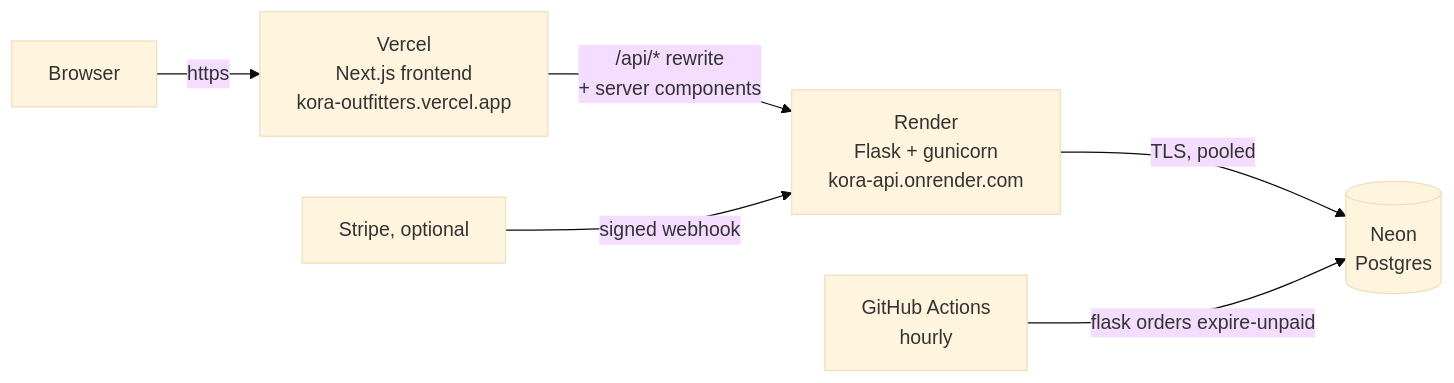
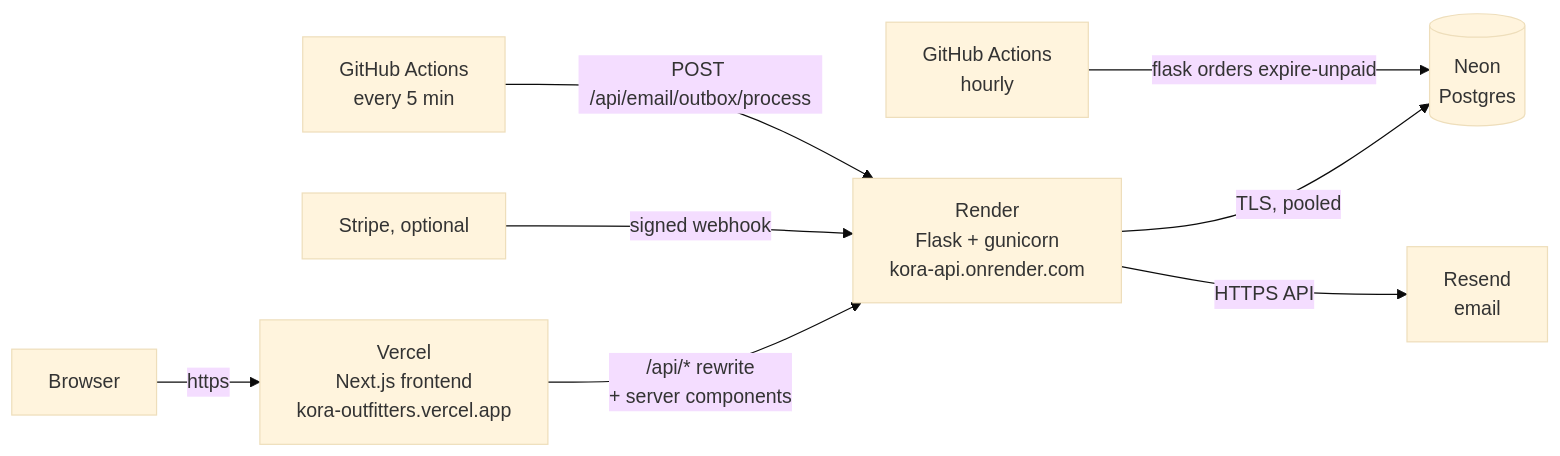
Before and after one commit to abdullahrasheed102/kora-store: the diagram in DEPLOY.md, drawn with Mermaid (base theme). The commit also changed other lines of this file and 72 other files, not shown here.

First line of the commit message:
Phase 8A: email notifications through a transactional outbox

````diff
--- a/DEPLOY.md
+++ b/DEPLOY.md
@@ -6,8 +6,10 @@
 ```mermaid
 flowchart LR
     B[Browser] -->|https| V["Vercel<br/>Next.js frontend<br/>kora-outfitters.vercel.app"]
     V -->|"/api/* rewrite<br/>+ server components"| R["Render<br/>Flask + gunicorn<br/>kora-api.onrender.com"]
     R -->|"TLS, pooled"| N[("Neon<br/>Postgres")]
     S[Stripe, optional] -->|signed webhook| R
     G[GitHub Actions<br/>hourly] -->|flask orders expire-unpaid| N
+    R -->|"HTTPS API"| E["Resend<br/>email"]
+    G2[GitHub Actions<br/>every 5 min] -->|"POST /api/email/outbox/process"| R
 ```
````
